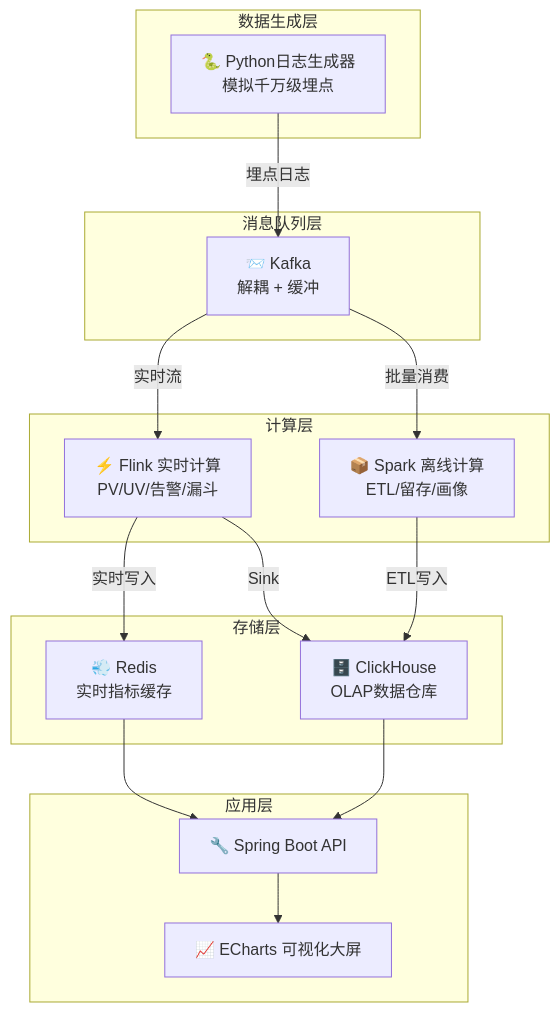
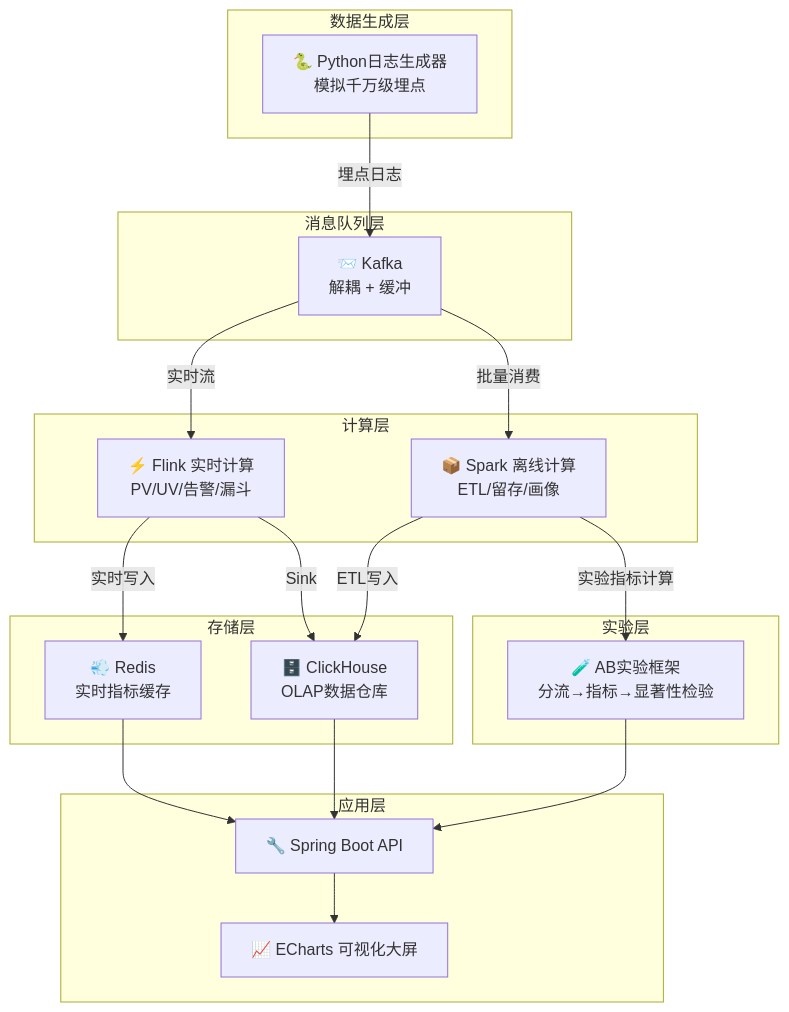
The diagram in README.md (Nullmethod0728/user-behavior-analytics-platform), drawn with Mermaid before and after one commit. The commit also changed other lines of this file and 15 other files, not shown here.

````diff
--- a/README.md
+++ b/README.md
@@ -31,35 +31,42 @@
 ```mermaid
 graph TB
     subgraph 数据生成层
         GEN[🐍 Python日志生成器<br/>模拟千万级埋点]
     end
 
     subgraph 消息队列层
         KFK[📨 Kafka<br/>解耦 + 缓冲]
     end
 
     subgraph 计算层
         FLINK[⚡ Flink 实时计算<br/>PV/UV/告警/漏斗]
         SPARK[📦 Spark 离线计算<br/>ETL/留存/画像]
     end
 
     subgraph 存储层
         REDIS[💨 Redis<br/>实时指标缓存]
         CK[🗄️ ClickHouse<br/>OLAP数据仓库]
     end
 
     subgraph 应用层
         API[🔧 Spring Boot API]
         DASH[📈 ECharts 可视化大屏]
     end
 
     GEN -->|埋点日志| KFK
     KFK -->|实时流| FLINK
     KFK -->|批量消费| SPARK
     FLINK -->|实时写入| REDIS
     FLINK -->|Sink| CK
     SPARK -->|ETL写入| CK
     REDIS --> API
     CK --> API
     API --> DASH
+
+    subgraph 实验层
+        AB[🧪 AB实验框架<br/>分流→指标→显著性检验]
+    end
+
+    SPARK -->|实验指标计算| AB
+    AB --> API
 ```
````
